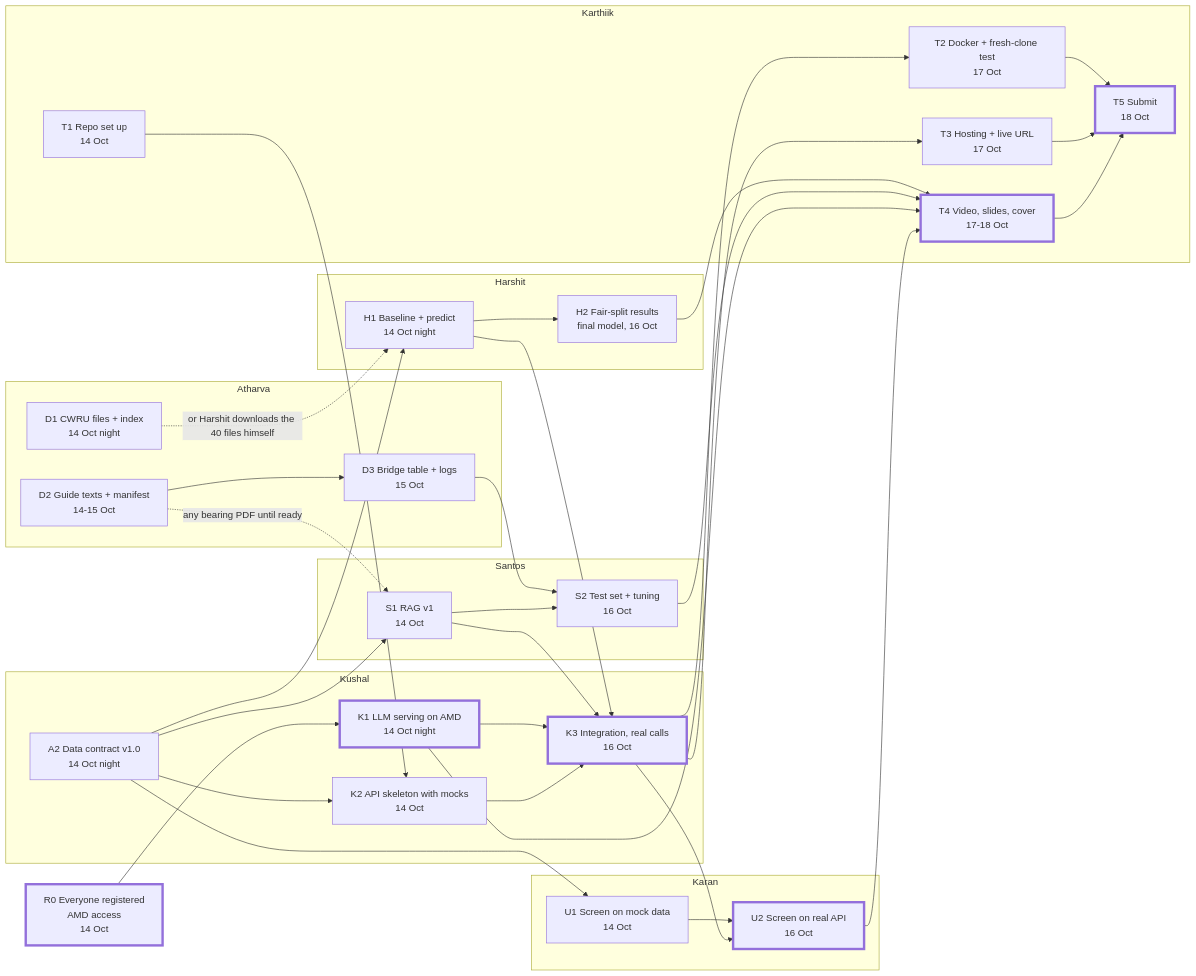
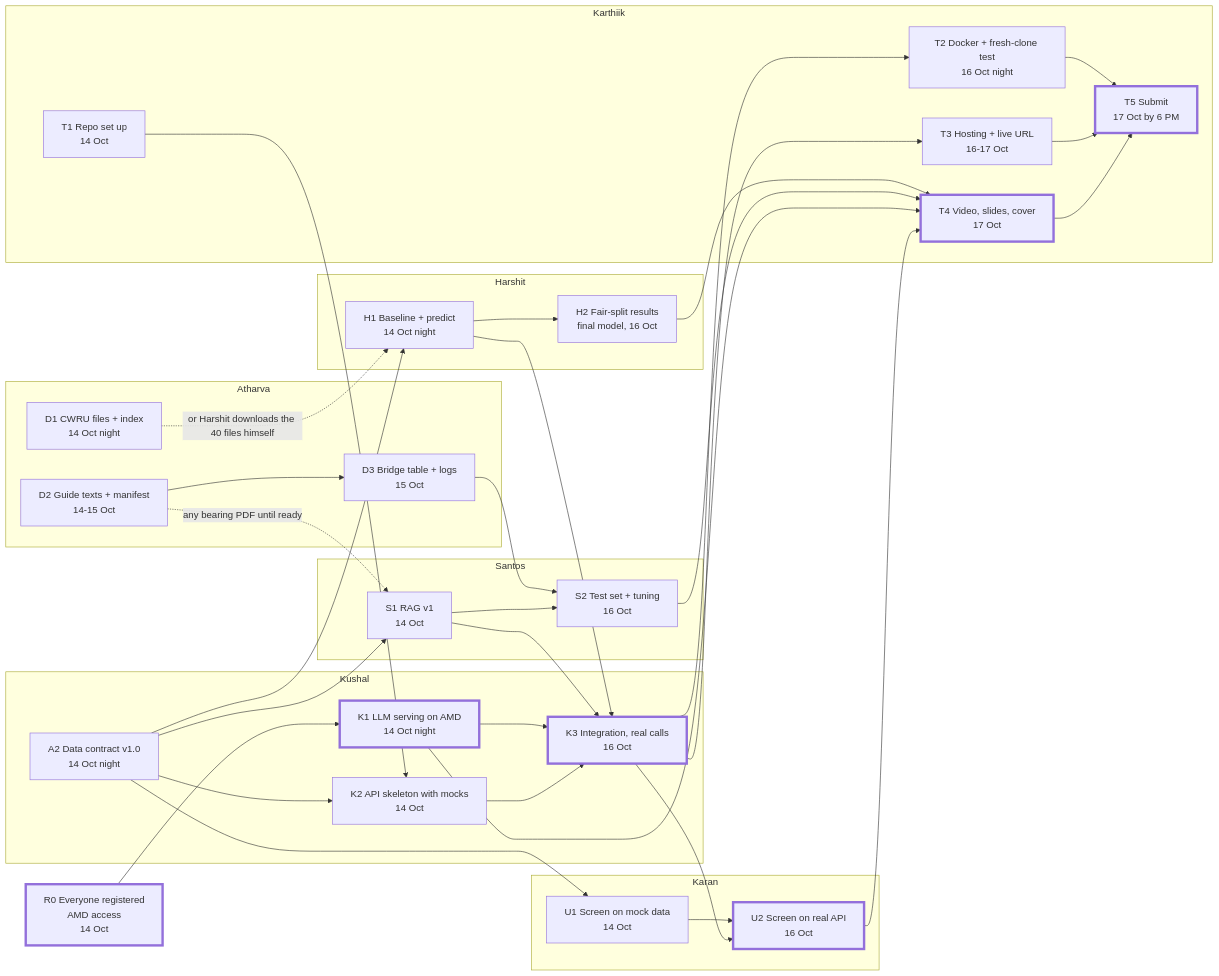
One commit to 24f2001770/bearing-fault-copilot changed the diagram in docs/dependency-graph.md. Above: the diagram before and after it, drawn with Mermaid. The commit also changed other lines of this file, not shown here.

Commit message:
docs: move deadline to 17 Oct, freeze on 16 Oct (#1)

````diff
--- a/docs/dependency-graph.md
+++ b/docs/dependency-graph.md
@@ -13,76 +15,76 @@
 ```mermaid
 flowchart LR
   R0["R0 Everyone registered<br/>AMD access<br/>14 Oct"]
 
   subgraph KUSHAL["Kushal"]
     A2["A2 Data contract v1.0<br/>14 Oct night"]
     K1["K1 LLM serving on AMD<br/>14 Oct night"]
     K2["K2 API skeleton with mocks<br/>14 Oct"]
     K3["K3 Integration, real calls<br/>16 Oct"]
   end
 
   subgraph ATHARVA["Atharva"]
     D1["D1 CWRU files + index<br/>14 Oct night"]
     D2["D2 Guide texts + manifest<br/>14-15 Oct"]
     D3["D3 Bridge table + logs<br/>15 Oct"]
   end
 
   subgraph HARSHIT["Harshit"]
     H1["H1 Baseline + predict<br/>14 Oct night"]
     H2["H2 Fair-split results<br/>final model, 16 Oct"]
   end
 
   subgraph SANTOS["Santos"]
     S1["S1 RAG v1<br/>14 Oct"]
     S2["S2 Test set + tuning<br/>16 Oct"]
   end
 
   subgraph KARAN["Karan"]
     U1["U1 Screen on mock data<br/>14 Oct"]
     U2["U2 Screen on real API<br/>16 Oct"]
   end
 
   subgraph KARTHIIK["Karthiik"]
     T1["T1 Repo set up<br/>14 Oct"]
-    T2["T2 Docker + fresh-clone test<br/>17 Oct"]
-    T3["T3 Hosting + live URL<br/>17 Oct"]
-    T4["T4 Video, slides, cover<br/>17-18 Oct"]
-    T5["T5 Submit<br/>18 Oct"]
+    T2["T2 Docker + fresh-clone test<br/>16 Oct night"]
+    T3["T3 Hosting + live URL<br/>16-17 Oct"]
+    T4["T4 Video, slides, cover<br/>17 Oct"]
+    T5["T5 Submit<br/>17 Oct by 6 PM"]
   end
 
   R0 --> K1
   T1 --> K2
   A2 --> K2
   A2 --> H1
   A2 --> S1
   A2 --> U1
 
   D1 -.->|"or Harshit downloads the 40 files himself"| H1
   D2 -.->|"any bearing PDF until ready"| S1
   D2 --> D3
   D3 --> S2
   S1 --> S2
 
   H1 --> H2
   H1 --> K3
   S1 --> K3
   K1 --> K3
   K2 --> K3
 
   U1 --> U2
   K3 --> U2
 
   K3 --> T2
   K3 --> T3
   H2 --> T4
   S2 --> T4
   K1 --> T4
   U2 --> T4
 
   T2 --> T5
   T3 --> T5
   T4 --> T5
 
   classDef critical stroke-width:4px;
   class R0,K1,K3,U2,T4,T5 critical;
 ```
````
